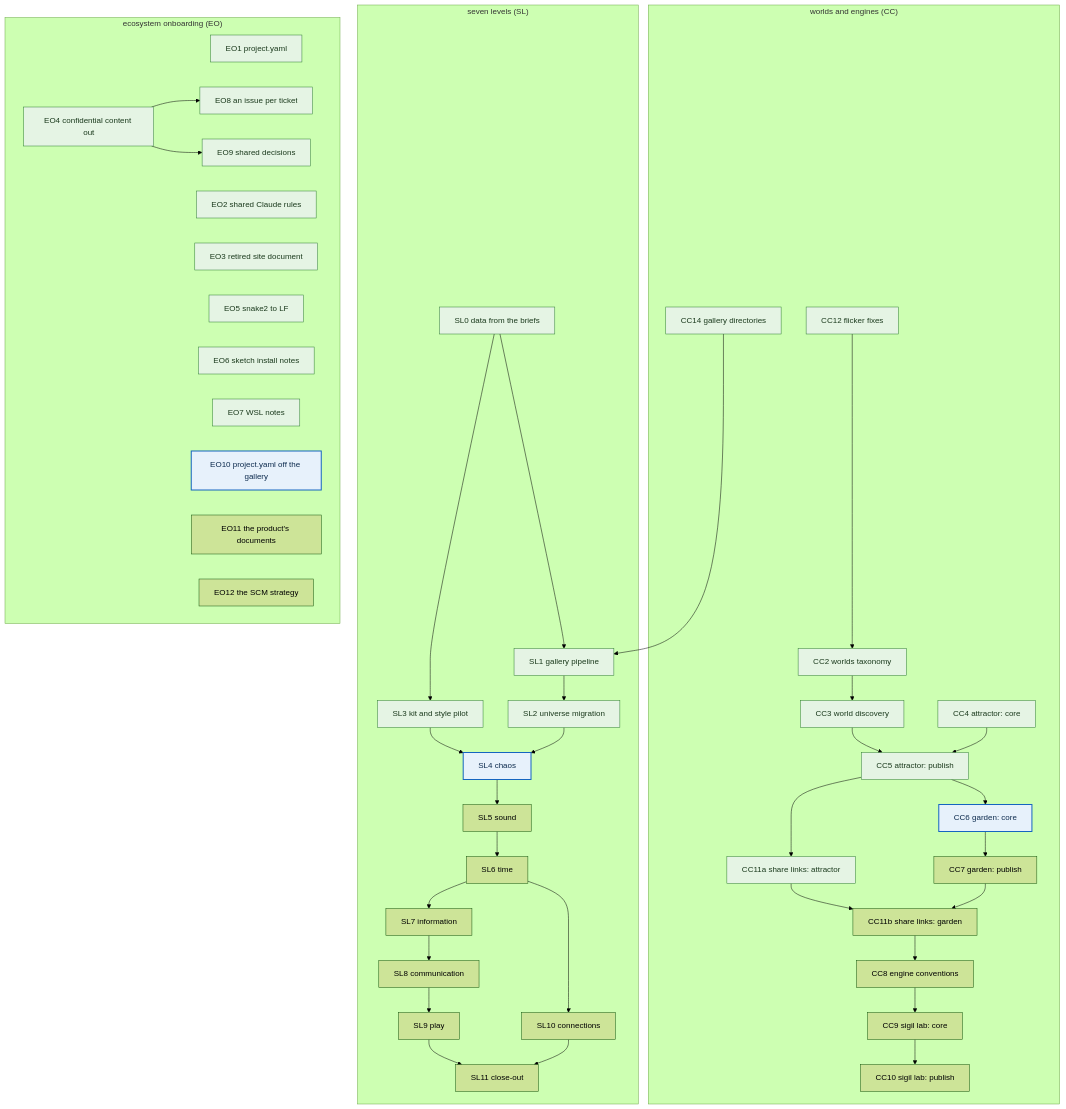
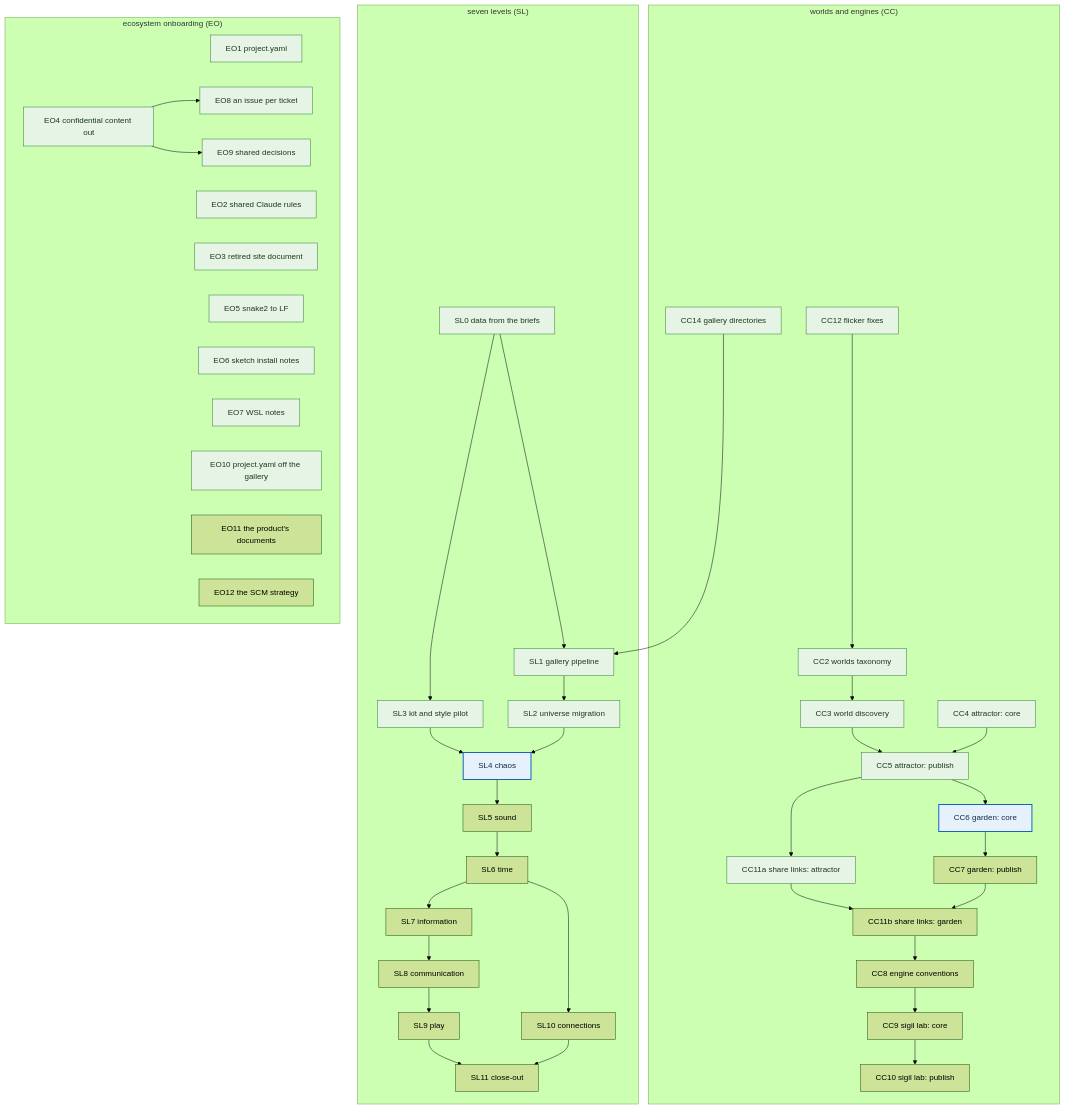
The diagram in dev_plan.md (eigenomarksamy/creative_coding), drawn with Mermaid (forest theme) before and after one commit. The commit also changed other lines of this file, not shown here.

Commit message:
EO10: done, its deployed check passed

````diff
--- a/dev_plan.md
+++ b/dev_plan.md
@@ -40,53 +40,53 @@
 ```mermaid
 flowchart TD
   %% when a ticket ships, add it to the done class, move the next class to its lane's next ticket, and update the lanes table above
   subgraph CCL["worlds and engines (CC)"]
     CC12["CC12 flicker fixes"] --> CC2["CC2 worlds taxonomy"]
     CC2 --> CC3["CC3 world discovery"]
     CC3 --> CC5["CC5 attractor: publish"]
     CC4["CC4 attractor: core"] --> CC5
     CC5 --> CC11a["CC11a share links: attractor"]
     CC5 --> CC6["CC6 garden: core"]
     CC6 --> CC7["CC7 garden: publish"]
     CC11a --> CC11b["CC11b share links: garden"]
     CC7 --> CC11b
     CC11b --> CC8["CC8 engine conventions"]
     CC8 --> CC9["CC9 sigil lab: core"]
     CC9 --> CC10["CC10 sigil lab: publish"]
     CC14["CC14 gallery directories"]
   end
   subgraph SLL["seven levels (SL)"]
     SL0["SL0 data from the briefs"] --> SL1["SL1 gallery pipeline"]
     SL0 --> SL3["SL3 kit and style pilot"]
     SL1 --> SL2["SL2 universe migration"]
     SL3 --> SL4["SL4 chaos"]
     SL2 --> SL4
     SL4 --> SL5["SL5 sound"]
     SL5 --> SL6["SL6 time"]
     SL6 --> SL7["SL7 information"]
     SL7 --> SL8["SL8 communication"]
     SL8 --> SL9["SL9 play"]
     SL6 --> SL10["SL10 connections"]
     SL9 --> SL11["SL11 close-out"]
     SL10 --> SL11
   end
   subgraph EOL["ecosystem onboarding (EO)"]
     EO1["EO1 project.yaml"]
     EO2["EO2 shared Claude rules"]
     EO3["EO3 retired site document"]
     EO4["EO4 confidential content out"] --> EO8["EO8 an issue per ticket"]
     EO4 --> EO9["EO9 shared decisions"]
     EO5["EO5 snake2 to LF"]
     EO6["EO6 sketch install notes"]
     EO7["EO7 WSL notes"]
     EO10["EO10 project.yaml off the gallery"]
     EO11["EO11 the product's documents"]
     EO12["EO12 the SCM strategy"]
   end
   CC14 --> SL1
 
   classDef done fill:#e5f4e4,stroke:#2e7d32,color:#1b3a1d
   classDef next fill:#e7f1fb,stroke:#1565c0,stroke-width:2px,color:#0d2b4e
-  class CC12,CC2,CC3,CC4,CC14,CC5,CC11a,SL0,SL1,SL2,SL3,EO1,EO4,EO2,EO3,EO9,EO8,EO5,EO6,EO7 done
-  class CC6,SL4,EO10 next
+  class CC12,CC2,CC3,CC4,CC14,CC5,CC11a,SL0,SL1,SL2,SL3,EO1,EO4,EO2,EO3,EO9,EO8,EO5,EO6,EO7,EO10 done
+  class CC6,SL4 next
 ```
````
